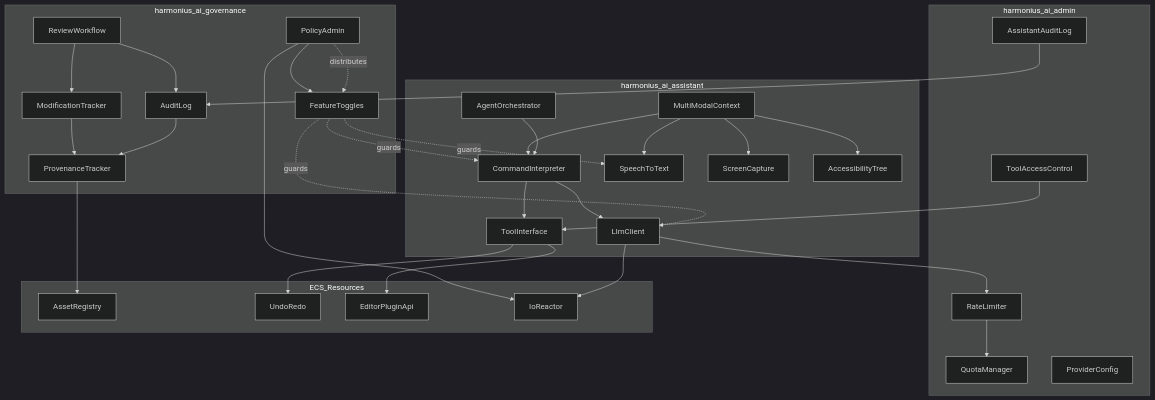
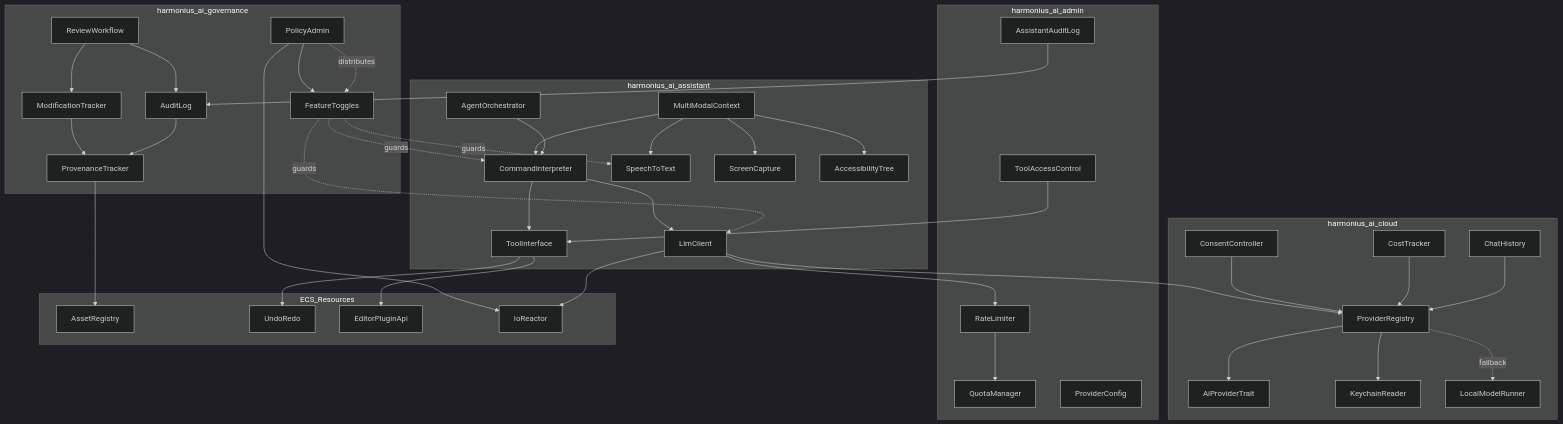
The first of 10 diagrams in docs/design/tools/ai-governance.md (harmonius-dev/harmonius), drawn with Mermaid (dark theme) before and after one commit. The commit also changed other lines of this file and 206 other files, not shown here.

```diff
--- a/docs/design/tools/ai-governance.md
+++ b/docs/design/tools/ai-governance.md
@@ -90,9 +90,19 @@
     subgraph harmonius_ai_admin
         RL[RateLimiter]
         QM[QuotaManager]
-        PC[ProviderConfig]
+        PCfg[ProviderConfig]
         TL[ToolAccessControl]
         AAL[AssistantAuditLog]
+    end
+
+    subgraph harmonius_ai_cloud
+        PReg[ProviderRegistry]
+        APT[AiProviderTrait]
+        KR[KeychainReader]
+        CC[ConsentController]
+        CT[CostTracker]
+        CH[ChatHistory]
+        LMR[LocalModelRunner]
     end
 
     subgraph ECS_Resources
@@ -120,6 +130,14 @@
     TI --> UR
     AO --> CI
 
+    LLM --> PReg
+    PReg --> APT
+    PReg --> KR
+    PReg -.->|fallback| LMR
+    CC --> PReg
+    CT --> PReg
+    CH --> PReg
+
     LLM --> IO
     LLM --> RL
     RL --> QM
```
